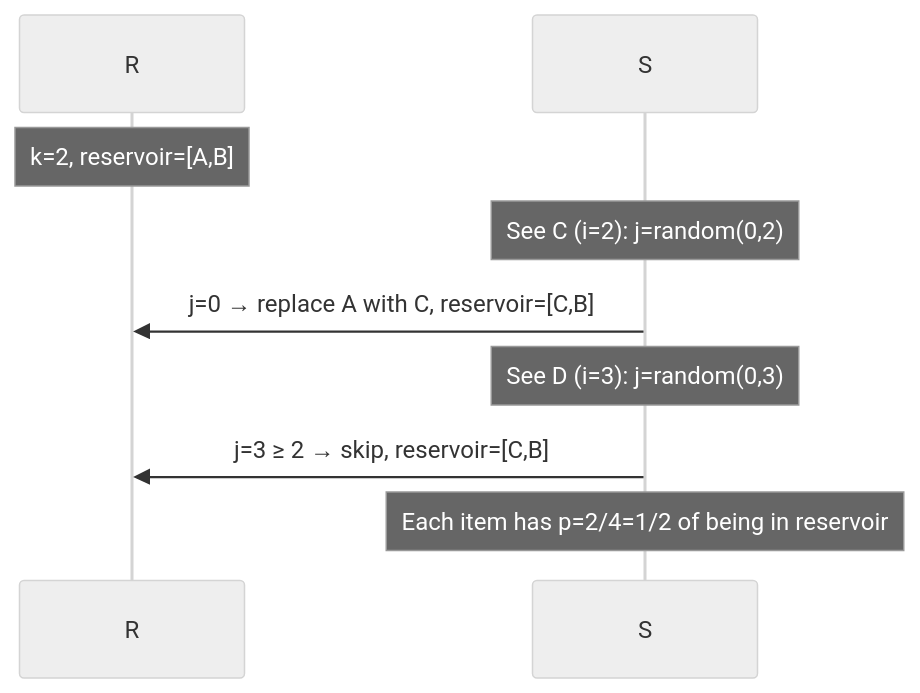
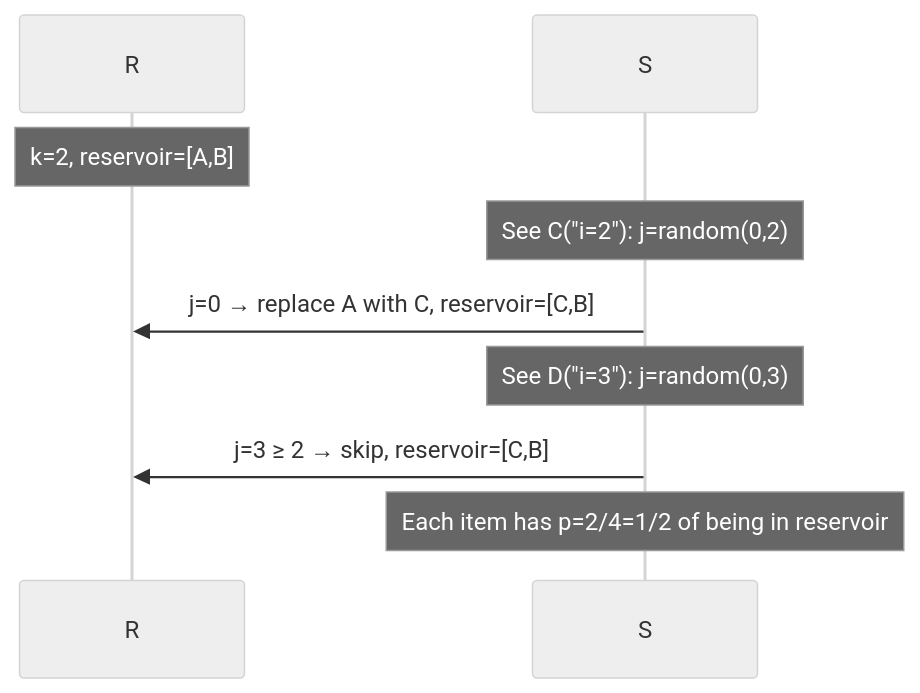
One commit to pploc/swe-icon-the-moment changed the diagram in content/questions/fundamentals/reservoir-sampling.md. Above: the diagram before and after it, drawn with Mermaid (neutral theme). The commit also changed 167 other files, not shown here.

````diff
--- a/content/questions/fundamentals/reservoir-sampling.md
+++ b/content/questions/fundamentals/reservoir-sampling.md
@@ -47,9 +47,10 @@
 ```mermaid
 sequenceDiagram
     Note over R: k=2, reservoir=[A,B]
-    Note over S: See C (i=2): j=random(0,2)
+    Note over S: See C("i=2"): j=random(0,2)
     S->>R: j=0 → replace A with C, reservoir=[C,B]
-    Note over S: See D (i=3): j=random(0,3)
+    Note over S: See D("i=3"): j=random(0,3)
     S->>R: j=3 ≥ 2 → skip, reservoir=[C,B]
     Note over S: Each item has p=2/4=1/2 of being in reservoir
+
 ```
````
